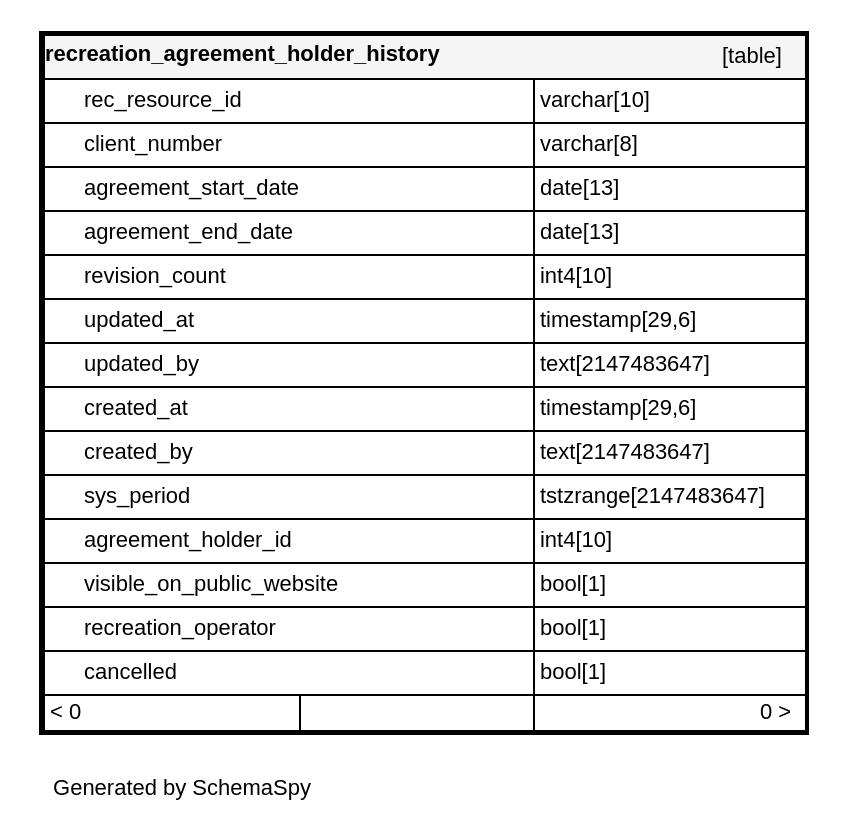
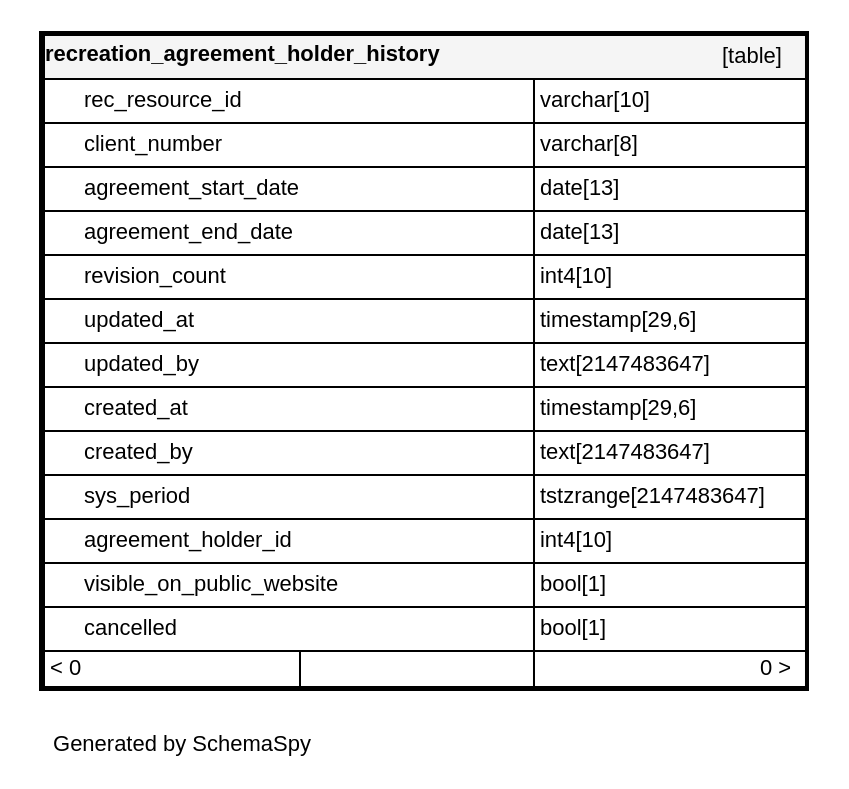
One commit to bcgov/nr-rec-resources changed the diagram in rst/diagrams/tables/recreation_agreement_holder_history.1degree.dot. Above: the diagram before and after it, drawn with Graphviz. The commit also changed 25 other files, not shown here.

```diff
--- a/rst/diagrams/tables/recreation_agreement_holder_history.1degree.dot
+++ b/rst/diagrams/tables/recreation_agreement_holder_history.1degree.dot
@@ -1,27 +1,26 @@
 digraph "oneDegreeRelationshipsDiagram" {
   graph [    rankdir="RL"    bgcolor="#ffffff"    label="\nGenerated by SchemaSpy"    labeljust="l"    nodesep="0.18"    ranksep="0.46"    fontname="Helvetica"    fontsize="11"    ration="compress"  ];  node [    fontname="Helvetica"    fontsize="11"    shape="plaintext"  ];  edge [    arrowsize="0.8"  ];
   "recreation_agreement_holder_history" [
    label=<
     <TABLE BORDER="2" CELLBORDER="1" CELLSPACING="0" BGCOLOR="#ffffff">
       <TR><TD COLSPAN="4"  BGCOLOR="#f5f5f5"><TABLE BORDER="0" CELLSPACING="0"><TR><TD ALIGN="LEFT" FIXEDSIZE="TRUE" WIDTH="224" HEIGHT="16"><B>recreation_agreement_holder_history</B></TD><TD ALIGN="RIGHT">[table]</TD></TR></TABLE></TD></TR>
       <TR><TD PORT="rec_resource_id" COLSPAN="2" ALIGN="LEFT"><TABLE BORDER="0" CELLSPACING="0" ALIGN="LEFT"><TR ALIGN="LEFT"><TD ALIGN="LEFT" FIXEDSIZE="TRUE" WIDTH="15" HEIGHT="16"></TD><TD ALIGN="LEFT" FIXEDSIZE="TRUE" WIDTH="224" HEIGHT="16">rec_resource_id</TD></TR></TABLE></TD><TD PORT="rec_resource_id.type" ALIGN="LEFT">varchar[10]</TD></TR>
       <TR><TD PORT="client_number" COLSPAN="2" ALIGN="LEFT"><TABLE BORDER="0" CELLSPACING="0" ALIGN="LEFT"><TR ALIGN="LEFT"><TD ALIGN="LEFT" FIXEDSIZE="TRUE" WIDTH="15" HEIGHT="16"></TD><TD ALIGN="LEFT" FIXEDSIZE="TRUE" WIDTH="224" HEIGHT="16">client_number</TD></TR></TABLE></TD><TD PORT="client_number.type" ALIGN="LEFT">varchar[8]</TD></TR>
       <TR><TD PORT="agreement_start_date" COLSPAN="2" ALIGN="LEFT"><TABLE BORDER="0" CELLSPACING="0" ALIGN="LEFT"><TR ALIGN="LEFT"><TD ALIGN="LEFT" FIXEDSIZE="TRUE" WIDTH="15" HEIGHT="16"></TD><TD ALIGN="LEFT" FIXEDSIZE="TRUE" WIDTH="224" HEIGHT="16">agreement_start_date</TD></TR></TABLE></TD><TD PORT="agreement_start_date.type" ALIGN="LEFT">date[13]</TD></TR>
       <TR><TD PORT="agreement_end_date" COLSPAN="2" ALIGN="LEFT"><TABLE BORDER="0" CELLSPACING="0" ALIGN="LEFT"><TR ALIGN="LEFT"><TD ALIGN="LEFT" FIXEDSIZE="TRUE" WIDTH="15" HEIGHT="16"></TD><TD ALIGN="LEFT" FIXEDSIZE="TRUE" WIDTH="224" HEIGHT="16">agreement_end_date</TD></TR></TABLE></TD><TD PORT="agreement_end_date.type" ALIGN="LEFT">date[13]</TD></TR>
       <TR><TD PORT="revision_count" COLSPAN="2" ALIGN="LEFT"><TABLE BORDER="0" CELLSPACING="0" ALIGN="LEFT"><TR ALIGN="LEFT"><TD ALIGN="LEFT" FIXEDSIZE="TRUE" WIDTH="15" HEIGHT="16"></TD><TD ALIGN="LEFT" FIXEDSIZE="TRUE" WIDTH="224" HEIGHT="16">revision_count</TD></TR></TABLE></TD><TD PORT="revision_count.type" ALIGN="LEFT">int4[10]</TD></TR>
       <TR><TD PORT="updated_at" COLSPAN="2" ALIGN="LEFT"><TABLE BORDER="0" CELLSPACING="0" ALIGN="LEFT"><TR ALIGN="LEFT"><TD ALIGN="LEFT" FIXEDSIZE="TRUE" WIDTH="15" HEIGHT="16"></TD><TD ALIGN="LEFT" FIXEDSIZE="TRUE" WIDTH="224" HEIGHT="16">updated_at</TD></TR></TABLE></TD><TD PORT="updated_at.type" ALIGN="LEFT">timestamp[29,6]</TD></TR>
       <TR><TD PORT="updated_by" COLSPAN="2" ALIGN="LEFT"><TABLE BORDER="0" CELLSPACING="0" ALIGN="LEFT"><TR ALIGN="LEFT"><TD ALIGN="LEFT" FIXEDSIZE="TRUE" WIDTH="15" HEIGHT="16"></TD><TD ALIGN="LEFT" FIXEDSIZE="TRUE" WIDTH="224" HEIGHT="16">updated_by</TD></TR></TABLE></TD><TD PORT="updated_by.type" ALIGN="LEFT">text[2147483647]</TD></TR>
       <TR><TD PORT="created_at" COLSPAN="2" ALIGN="LEFT"><TABLE BORDER="0" CELLSPACING="0" ALIGN="LEFT"><TR ALIGN="LEFT"><TD ALIGN="LEFT" FIXEDSIZE="TRUE" WIDTH="15" HEIGHT="16"></TD><TD ALIGN="LEFT" FIXEDSIZE="TRUE" WIDTH="224" HEIGHT="16">created_at</TD></TR></TABLE></TD><TD PORT="created_at.type" ALIGN="LEFT">timestamp[29,6]</TD></TR>
       <TR><TD PORT="created_by" COLSPAN="2" ALIGN="LEFT"><TABLE BORDER="0" CELLSPACING="0" ALIGN="LEFT"><TR ALIGN="LEFT"><TD ALIGN="LEFT" FIXEDSIZE="TRUE" WIDTH="15" HEIGHT="16"></TD><TD ALIGN="LEFT" FIXEDSIZE="TRUE" WIDTH="224" HEIGHT="16">created_by</TD></TR></TABLE></TD><TD PORT="created_by.type" ALIGN="LEFT">text[2147483647]</TD></TR>
       <TR><TD PORT="sys_period" COLSPAN="2" ALIGN="LEFT"><TABLE BORDER="0" CELLSPACING="0" ALIGN="LEFT"><TR ALIGN="LEFT"><TD ALIGN="LEFT" FIXEDSIZE="TRUE" WIDTH="15" HEIGHT="16"></TD><TD ALIGN="LEFT" FIXEDSIZE="TRUE" WIDTH="224" HEIGHT="16">sys_period</TD></TR></TABLE></TD><TD PORT="sys_period.type" ALIGN="LEFT">tstzrange[2147483647]</TD></TR>
       <TR><TD PORT="agreement_holder_id" COLSPAN="2" ALIGN="LEFT"><TABLE BORDER="0" CELLSPACING="0" ALIGN="LEFT"><TR ALIGN="LEFT"><TD ALIGN="LEFT" FIXEDSIZE="TRUE" WIDTH="15" HEIGHT="16"></TD><TD ALIGN="LEFT" FIXEDSIZE="TRUE" WIDTH="224" HEIGHT="16">agreement_holder_id</TD></TR></TABLE></TD><TD PORT="agreement_holder_id.type" ALIGN="LEFT">int4[10]</TD></TR>
       <TR><TD PORT="visible_on_public_website" COLSPAN="2" ALIGN="LEFT"><TABLE BORDER="0" CELLSPACING="0" ALIGN="LEFT"><TR ALIGN="LEFT"><TD ALIGN="LEFT" FIXEDSIZE="TRUE" WIDTH="15" HEIGHT="16"></TD><TD ALIGN="LEFT" FIXEDSIZE="TRUE" WIDTH="224" HEIGHT="16">visible_on_public_website</TD></TR></TABLE></TD><TD PORT="visible_on_public_website.type" ALIGN="LEFT">bool[1]</TD></TR>
-      <TR><TD PORT="recreation_operator" COLSPAN="2" ALIGN="LEFT"><TABLE BORDER="0" CELLSPACING="0" ALIGN="LEFT"><TR ALIGN="LEFT"><TD ALIGN="LEFT" FIXEDSIZE="TRUE" WIDTH="15" HEIGHT="16"></TD><TD ALIGN="LEFT" FIXEDSIZE="TRUE" WIDTH="224" HEIGHT="16">recreation_operator</TD></TR></TABLE></TD><TD PORT="recreation_operator.type" ALIGN="LEFT">bool[1]</TD></TR>
       <TR><TD PORT="cancelled" COLSPAN="2" ALIGN="LEFT"><TABLE BORDER="0" CELLSPACING="0" ALIGN="LEFT"><TR ALIGN="LEFT"><TD ALIGN="LEFT" FIXEDSIZE="TRUE" WIDTH="15" HEIGHT="16"></TD><TD ALIGN="LEFT" FIXEDSIZE="TRUE" WIDTH="224" HEIGHT="16">cancelled</TD></TR></TABLE></TD><TD PORT="cancelled.type" ALIGN="LEFT">bool[1]</TD></TR>
       <TR><TD ALIGN="LEFT" BGCOLOR="#ffffff">&lt; 0</TD><TD ALIGN="RIGHT" BGCOLOR="#ffffff">  </TD><TD ALIGN="RIGHT" BGCOLOR="#ffffff">0 &gt;</TD></TR>
     </TABLE>>
     URL="recreation_agreement_holder_history.html"
     target="_top"
     tooltip="recreation_agreement_holder_history"
   ];
 }
```
